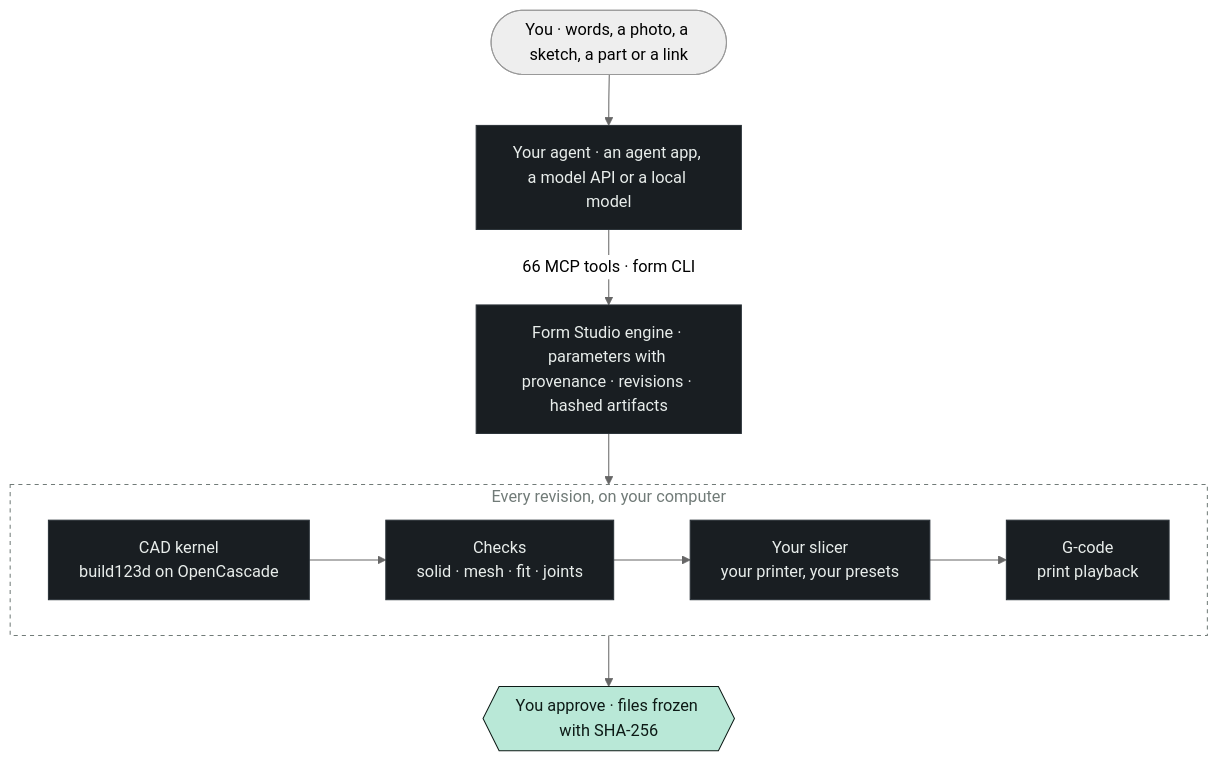
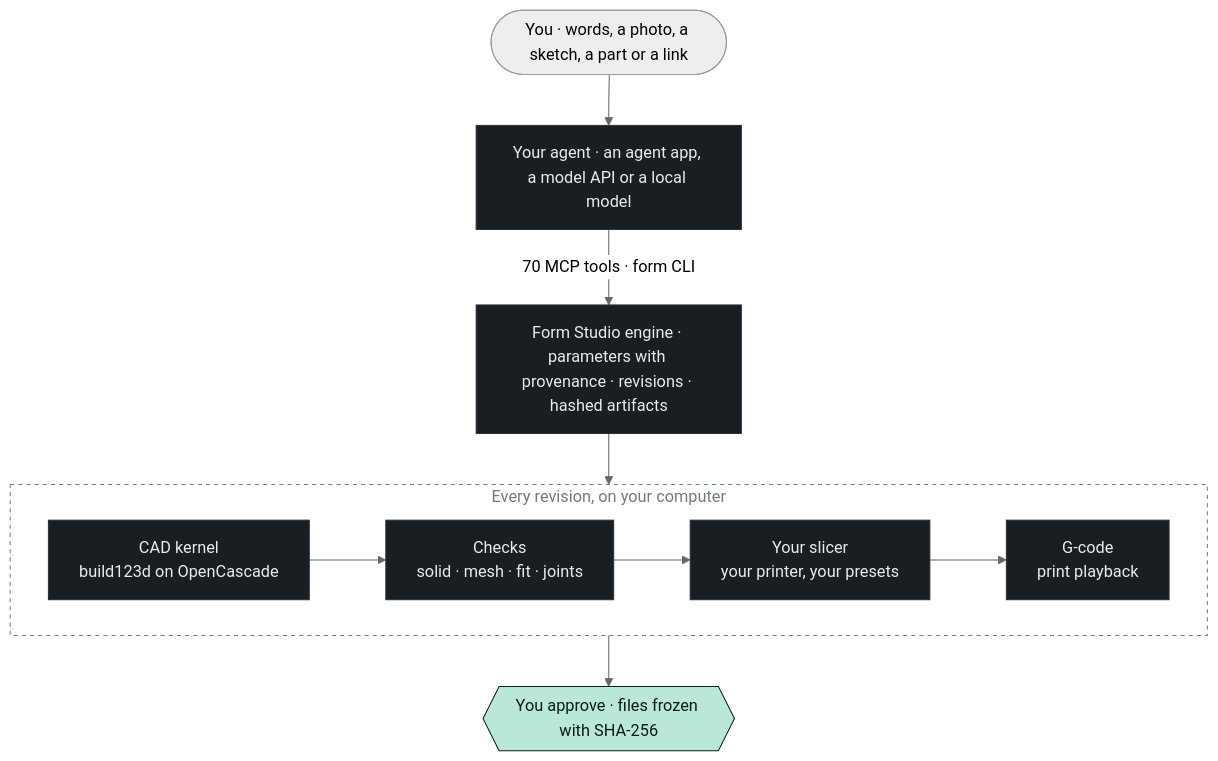
Before and after one commit to kaizensx/form-studio: the diagram in README.md, drawn with Mermaid (neutral theme). The commit also changed other lines of this file and 8 other files, not shown here.

Commit message:
12.1 in the README, the docs and the site: text on faces, what changed on the solids, assembly instructions, every file of a release; form release-files; 70 MCP tools, kept in step by the site check

````diff
--- a/README.md
+++ b/README.md
@@ -183,19 +195,19 @@
 ```mermaid
 flowchart TB
   you(["You · words, a photo, a sketch, a part or a link"]) --> agent
-  agent["Your agent · an agent app, a model API or a local model"] -- "66 MCP tools · form CLI" --> engine
+  agent["Your agent · an agent app, a model API or a local model"] -- "70 MCP tools · form CLI" --> engine
   engine["Form Studio engine · parameters with provenance · revisions · hashed artifacts"]
   subgraph every["Every revision, on your computer"]
     direction LR
     kernel["CAD kernel<br/>build123d on OpenCascade"] --> checks["Checks<br/>solid · mesh · fit · joints"]
     checks --> slicer["Your slicer<br/>your printer, your presets"]
     slicer --> sim["G-code<br/>print playback"]
   end
   engine --> every
   every --> release{{"You approve · files frozen with SHA-256"}}
   classDef datum fill:#b9e8d7,stroke:#0d1a16,color:#0d1a16
   classDef plate fill:#191e22,stroke:#2a3238,color:#e8edeb
   class release datum
   class agent,engine,kernel,checks,slicer,sim plate
   style every fill:transparent,stroke:#717b78,stroke-dasharray:4 4,color:#717b78
 ```
````
